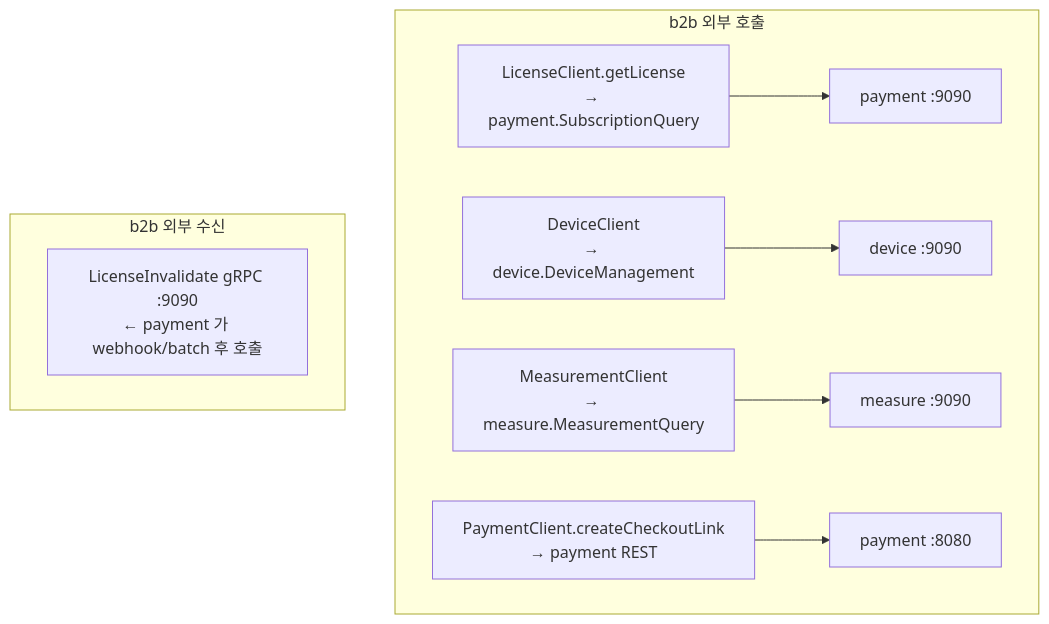
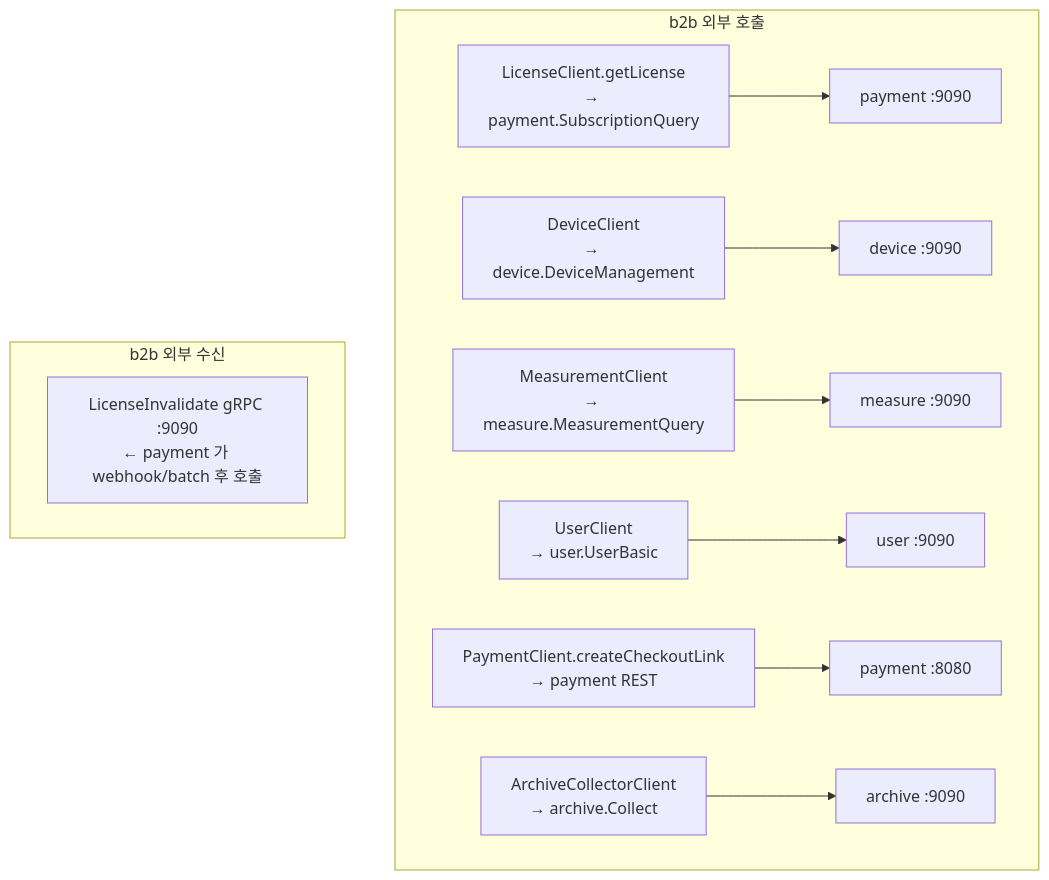
One commit to Care-Co/Documents-Repository changed the eighth of 10 diagrams in docs/apis/b2b-service.md. Above: the diagram before and after it, drawn with Mermaid. The commit also changed other lines of this file, not shown here.

Commit message:
Update B2B Service API documentation with new request/response samples, revised endpoint catalog, and additional details on user and organization management features.

````diff
--- a/docs/apis/b2b-service.md
+++ b/docs/apis/b2b-service.md
@@ -483,13 +1712,15 @@
 ```mermaid
 flowchart TD
     subgraph in[b2b 외부 호출]
         L1[LicenseClient.getLicense<br/>→ payment.SubscriptionQuery] --> SQS[payment :9090]
         L2[DeviceClient<br/>→ device.DeviceManagement] --> DM[device :9090]
         L3[MeasurementClient<br/>→ measure.MeasurementQuery] --> MQ[measure :9090]
-        L4[PaymentClient.createCheckoutLink<br/>→ payment REST] --> CHK[payment :8080]
+        L4[UserClient<br/>→ user.UserBasic] --> UB[user :9090]
+        L5[PaymentClient.createCheckoutLink<br/>→ payment REST] --> CHK[payment :8080]
+        L6[ArchiveCollectorClient<br/>→ archive.Collect] --> AR[archive :9090]
     end
 
     subgraph out[b2b 외부 수신]
         LIG[LicenseInvalidate gRPC :9090<br/>← payment 가 webhook/batch 후 호출]
     end
 ```
````
